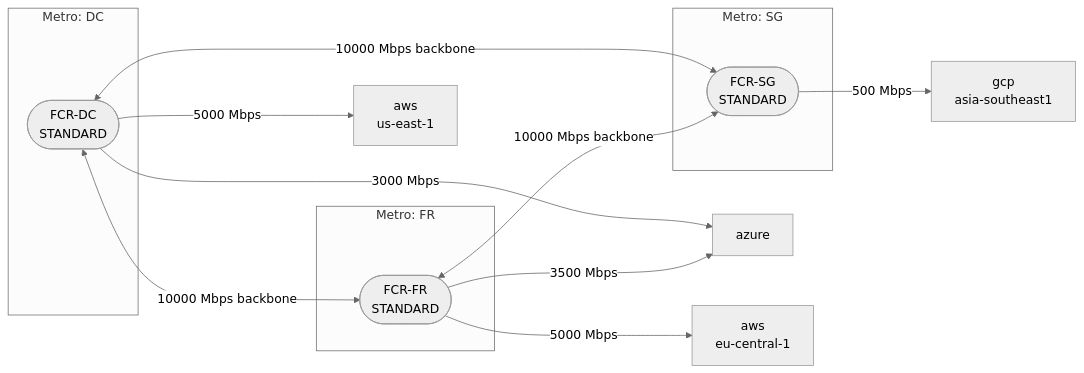
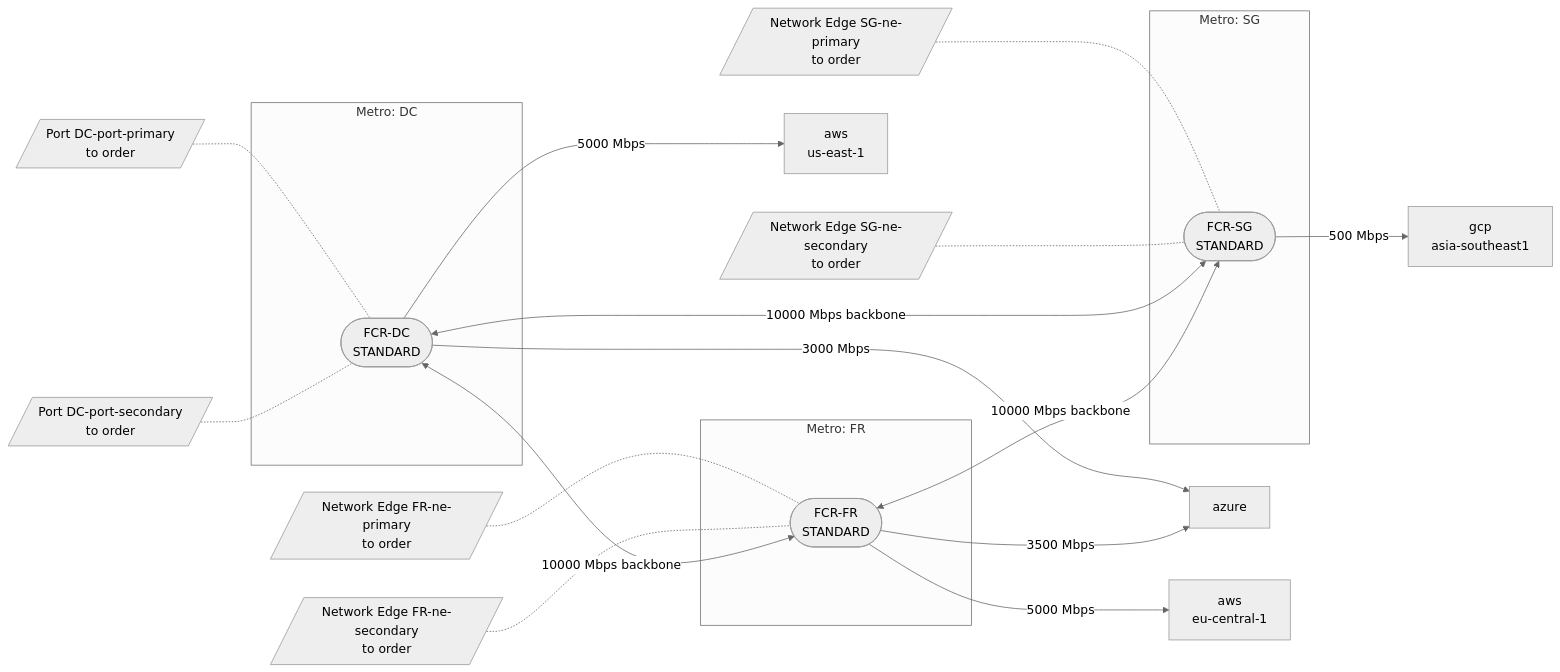
The diagram in docs/design/examples/end-to-end/topology.mmd (iantjones/equinix-java-sdk), drawn with Mermaid (neutral theme) before and after one commit. The commit also changed 67 other files, not shown here.

```diff
--- a/docs/design/examples/end-to-end/topology.mmd
+++ b/docs/design/examples/end-to-end/topology.mmd
@@ -1,22 +1,34 @@
 graph LR
   subgraph metro_DC["Metro: DC"]
     fcr0(["FCR-DC<br/>STANDARD"])
   end
   subgraph metro_FR["Metro: FR"]
     fcr1(["FCR-FR<br/>STANDARD"])
   end
   subgraph metro_SG["Metro: SG"]
     fcr2(["FCR-SG<br/>STANDARD"])
   end
   prov3["aws<br/>us-east-1"]
   fcr0 -->|5000 Mbps| prov3
   prov4["azure"]
   fcr0 -->|3000 Mbps| prov4
   prov5["aws<br/>eu-central-1"]
   fcr1 -->|5000 Mbps| prov5
   fcr1 -->|3500 Mbps| prov4
   prov6["gcp<br/>asia-southeast1"]
   fcr2 -->|500 Mbps| prov6
+  acc7[/"Port DC-port-primary<br/>to order"/]
+  acc7 -.- fcr0
+  acc8[/"Port DC-port-secondary<br/>to order"/]
+  acc8 -.- fcr0
+  acc9[/"Network Edge FR-ne-primary<br/>to order"/]
+  acc9 -.- fcr1
+  acc10[/"Network Edge FR-ne-secondary<br/>to order"/]
+  acc10 -.- fcr1
+  acc11[/"Network Edge SG-ne-primary<br/>to order"/]
+  acc11 -.- fcr2
+  acc12[/"Network Edge SG-ne-secondary<br/>to order"/]
+  acc12 -.- fcr2
   fcr0 <-->|10000 Mbps backbone| fcr1
   fcr0 <-->|10000 Mbps backbone| fcr2
   fcr1 <-->|10000 Mbps backbone| fcr2
```
